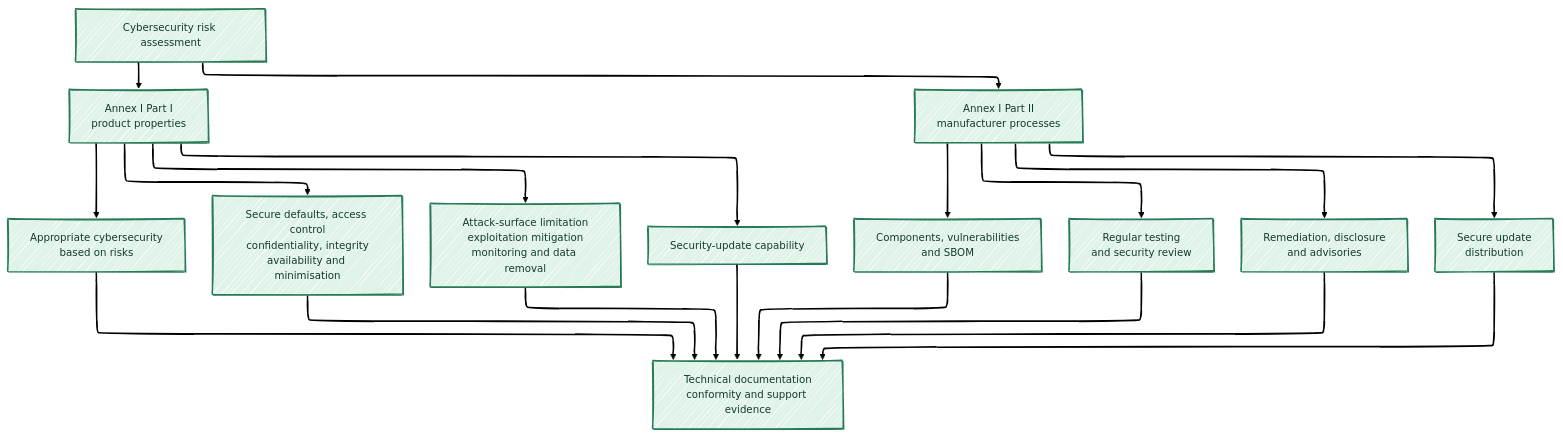
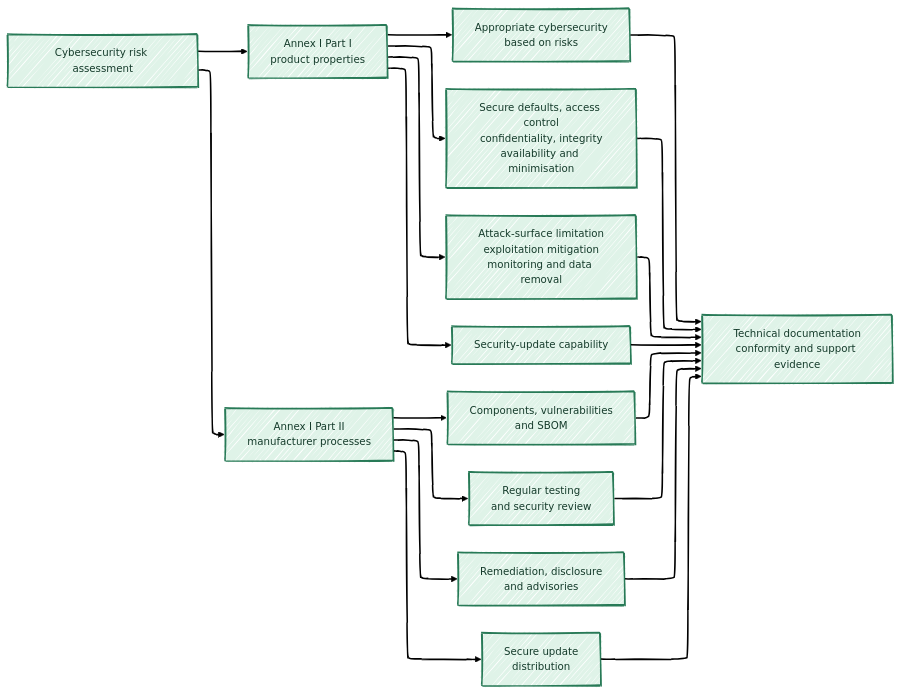
One commit to antomon/antomon.github.io changed the sixth of 18 diagrams in longforms/cyber-resilience-act-the-new-product-security-baseline/index.qmd. Above: the diagram before and after it, drawn with Mermaid. The commit also changed other lines of this file and 38 other files, not shown here.

````diff
--- a/longforms/cyber-resilience-act-the-new-product-security-baseline/index.qmd
+++ b/longforms/cyber-resilience-act-the-new-product-security-baseline/index.qmd
@@ -800,48 +803,48 @@
 ```{mermaid}
 %%| label: fig-cyber-resilience-act-the-new-product-security-baseline-annex-one-control-system
 %%| fig-cap: "Annex I combines risk-based product-security properties with continuing manufacturer vulnerability-handling processes."
 %%| fig-alt: "A cybersecurity risk assessment feeds two branches. Part I contains a general risk-based cybersecurity requirement and, where applicable, product properties including secure defaults, access control, confidentiality, integrity, availability, data minimisation, attack-surface reduction, exploitation mitigation, logging, data removal, and update capability. Part II contains manufacturer processes including component and vulnerability records, an SBOM, regular testing, remediation, coordinated disclosure, vulnerability reporting channels, secure update distribution, and advisories. Both branches feed technical documentation, conformity evidence, and support-period operations."
 %%| fig-align: center
 %%{init: {"theme": "neo", "look": "handDrawn", "layout": "elk"}}%%
-flowchart TB
+flowchart LR
     RISK[Cybersecurity risk assessment]:::product
 
     PARTI[Annex I Part I<br/>product properties]:::product
     PARTII[Annex I Part II<br/>manufacturer processes]:::product
 
     BASE[Appropriate cybersecurity<br/>based on risks]:::product
     PROTECT[Secure defaults, access control<br/>confidentiality, integrity<br/>availability and minimisation]:::product
     REDUCE[Attack-surface limitation<br/>exploitation mitigation<br/>monitoring and data removal]:::product
     UPDATECAP[Security-update capability]:::product
 
     INVENTORY[Components, vulnerabilities<br/>and SBOM]:::product
     TEST[Regular testing<br/>and security review]:::product
     REMEDIATE[Remediation, disclosure<br/>and advisories]:::product
     DISTRIBUTE[Secure update<br/>distribution]:::product
 
     EVIDENCE[Technical documentation<br/>conformity and support evidence]:::product
 
     RISK --> PARTI
     RISK --> PARTII
 
     PARTI --> BASE
     PARTI --> PROTECT
     PARTI --> REDUCE
     PARTI --> UPDATECAP
 
     PARTII --> INVENTORY
     PARTII --> TEST
     PARTII --> REMEDIATE
     PARTII --> DISTRIBUTE
 
     BASE --> EVIDENCE
     PROTECT --> EVIDENCE
     REDUCE --> EVIDENCE
     UPDATECAP --> EVIDENCE
     INVENTORY --> EVIDENCE
     TEST --> EVIDENCE
     REMEDIATE --> EVIDENCE
     DISTRIBUTE --> EVIDENCE
 
     classDef product fill:#dff3e8,stroke:#287a57,stroke-width:2px,color:#153b2b;
 ```
````
